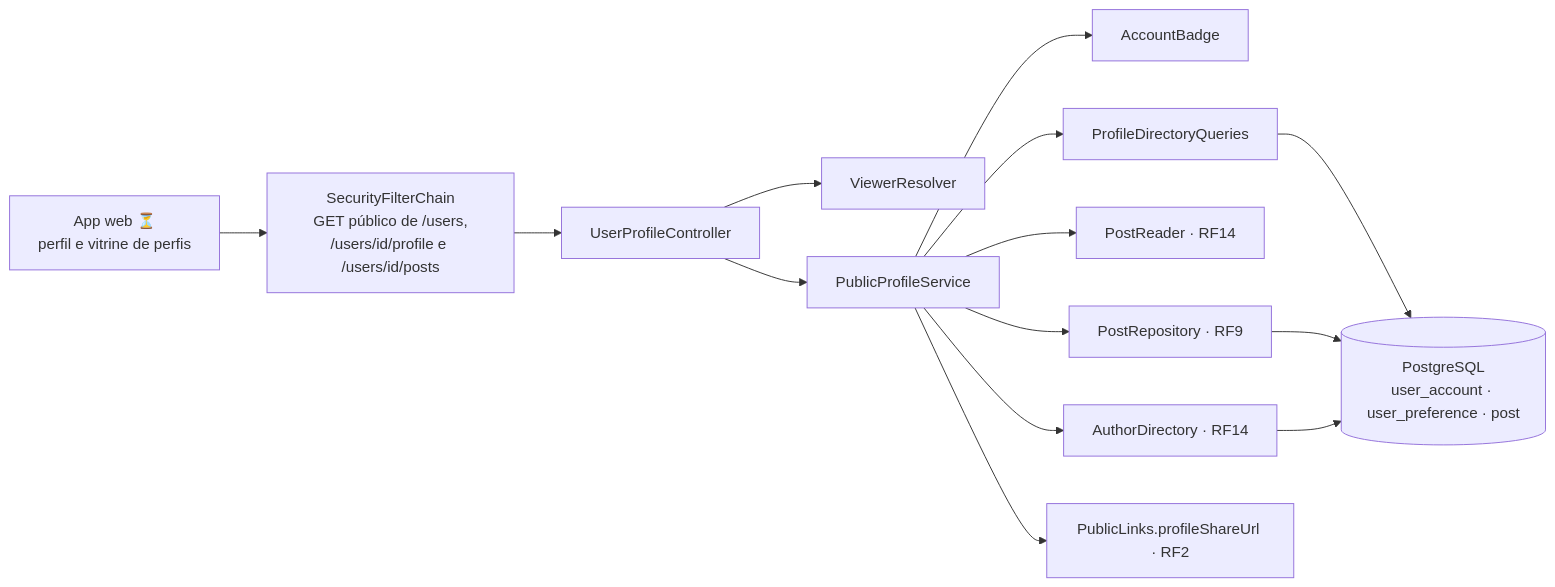
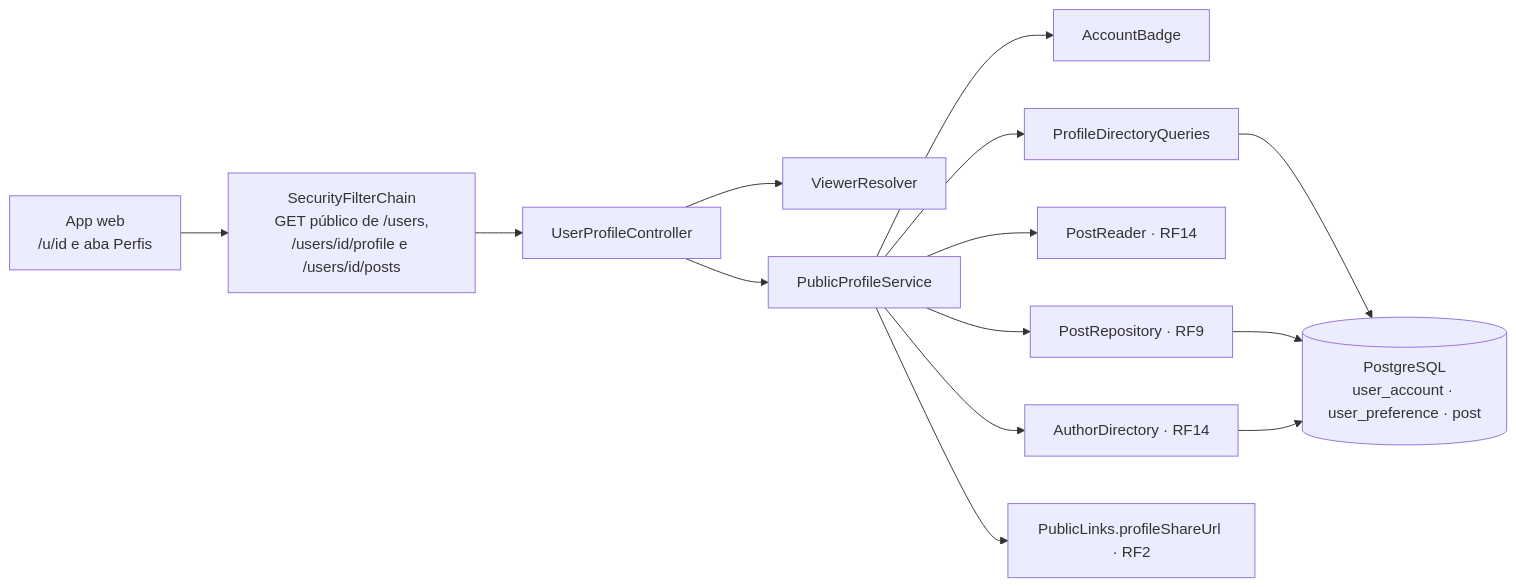
The diagram in docs/RF15/componentes.md (MatheusHaliski/Friendly-Eats), drawn with Mermaid before and after one commit. The commit also changed 94 other files, not shown here.

````diff
--- a/docs/RF15/componentes.md
+++ b/docs/RF15/componentes.md
@@ -3,14 +3,14 @@
 ```mermaid
 flowchart LR
-    APP["App web ⏳<br/>perfil e vitrine de perfis"] --> SEC["SecurityFilterChain<br/>GET público de /users,<br/>/users/id/profile e /users/id/posts"]
+    APP["App web<br/>/u/id e aba Perfis"] --> SEC["SecurityFilterChain<br/>GET público de /users,<br/>/users/id/profile e /users/id/posts"]
     SEC --> UC["UserProfileController"]
     UC --> VR["ViewerResolver"]
     UC --> PS["PublicProfileService"]
     PS --> AB["AccountBadge"]
     PS --> AD["AuthorDirectory · RF14"]
     PS --> RD["PostReader · RF14"]
     PS --> PR["PostRepository · RF9"]
     PS --> DQ["ProfileDirectoryQueries"]
     PS --> PL["PublicLinks.profileShareUrl · RF2"]
     DQ & PR & AD --> PG[("PostgreSQL<br/>user_account · user_preference · post")]
 ```
````
